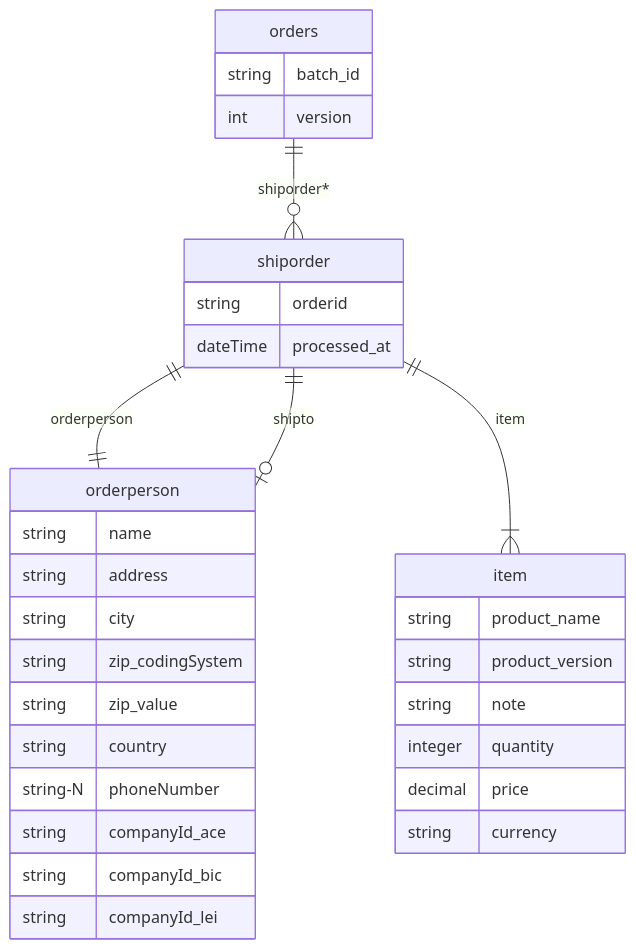
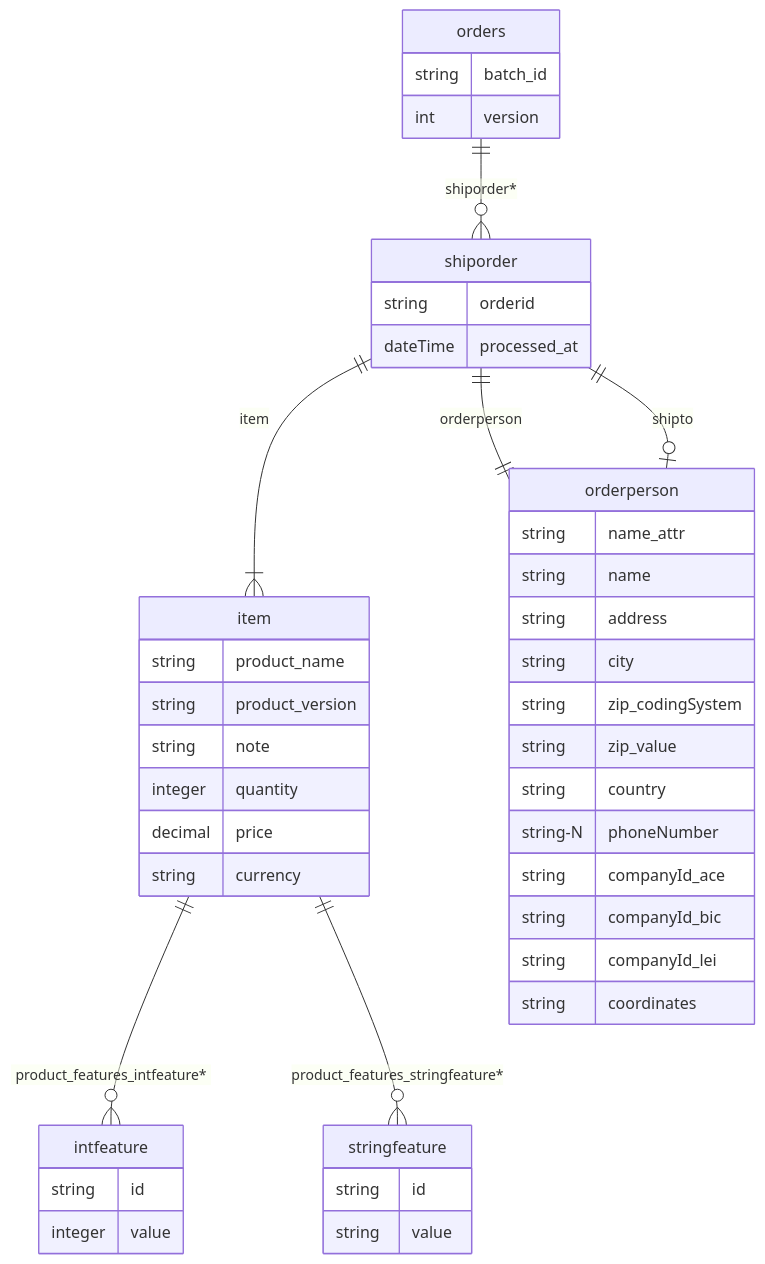
The diagram in tests/sample_models/orders/orders_erd_version1.md (cre-dev/xml2db), drawn with Mermaid before and after one commit. The commit also changed 36 other files, not shown here.

````diff
--- a/tests/sample_models/orders/orders_erd_version1.md
+++ b/tests/sample_models/orders/orders_erd_version1.md
@@ -1,35 +1,47 @@
 ```mermaid
 erDiagram
+    item ||--o{ intfeature : "product_features_intfeature*"
+    item ||--o{ stringfeature : "product_features_stringfeature*"
     item {
         string product_name
         string product_version
         string note
         integer quantity
         decimal price
         string currency
     }
     orders ||--o{ shiporder : "shiporder*"
     orders {
         string batch_id
         int version
     }
     shiporder ||--|| orderperson : "orderperson"
     shiporder ||--o| orderperson : "shipto"
     shiporder ||--|{ item : "item"
     shiporder {
         string orderid
         dateTime processed_at
     }
+    stringfeature {
+        string id
+        string value
+    }
+    intfeature {
+        string id
+        integer value
+    }
     orderperson {
+        string name_attr
         string name
         string address
         string city
         string zip_codingSystem
         string zip_value
         string country
         string-N phoneNumber
         string companyId_ace
         string companyId_bic
         string companyId_lei
+        string coordinates
     }
 ```
````
